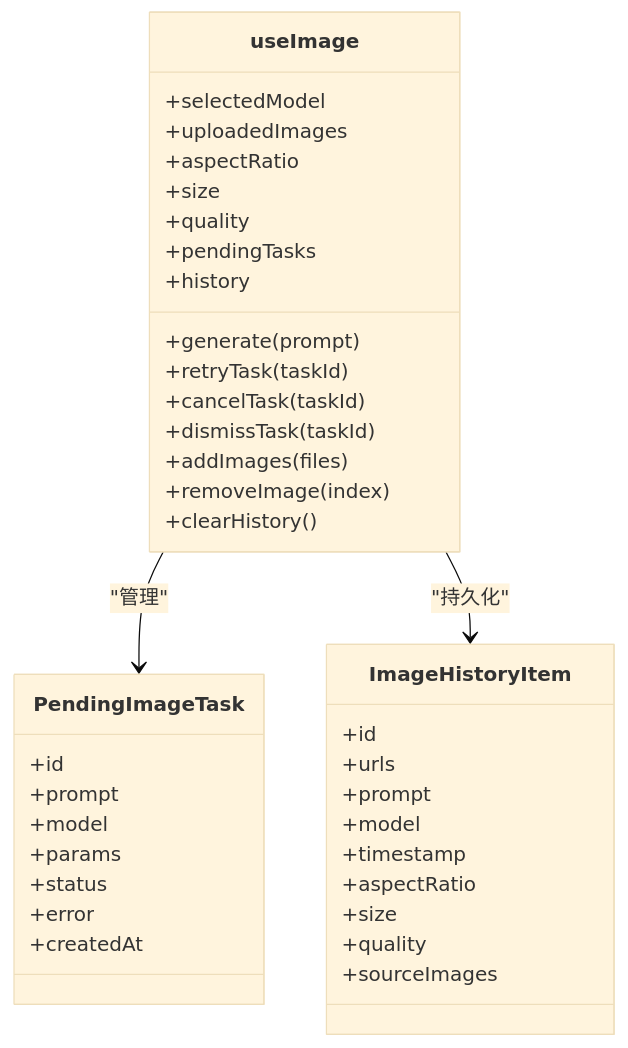
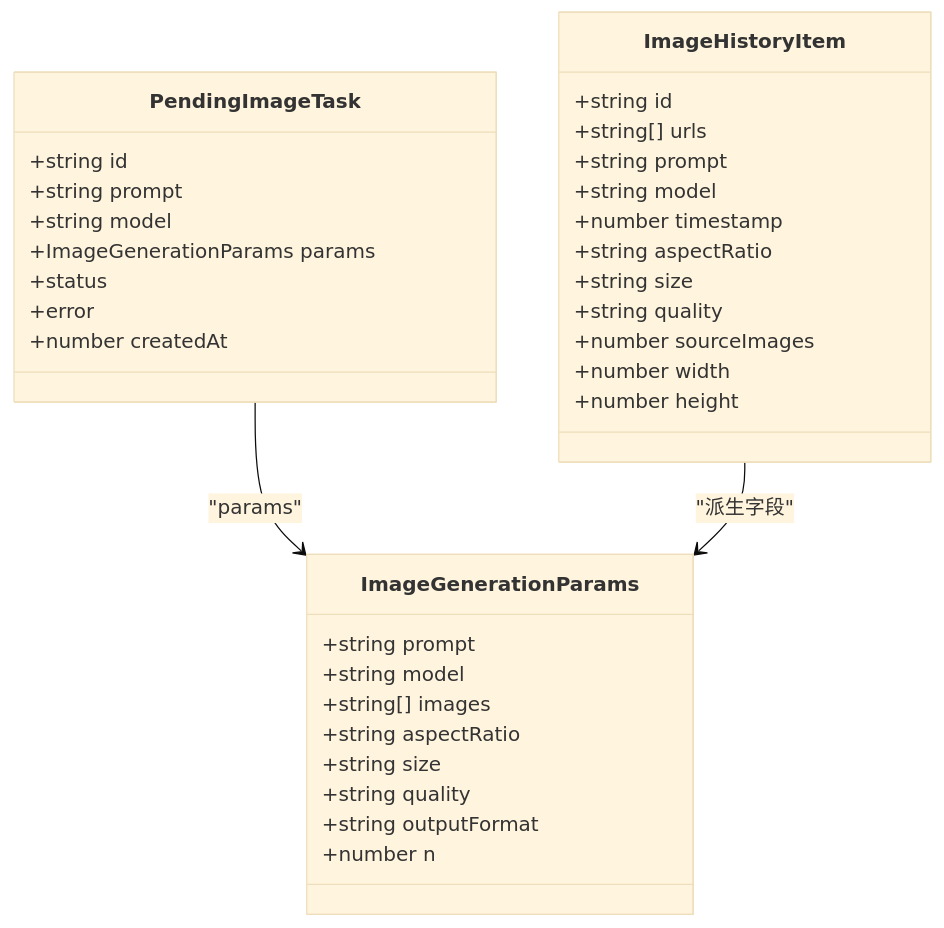
Before and after one commit to billye220670/AIShop: the fourth of 6 diagrams in .qoder/repowiki/zh/content/图像生成功能/图像生成功能.md, drawn with Mermaid (base theme). The commit also changed other lines of this file and 135 other files, not shown here.

````diff
--- a/.qoder/repowiki/zh/content/图像生成功能/图像生成功能.md
+++ b/.qoder/repowiki/zh/content/图像生成功能/图像生成功能.md
@@ -192,41 +152,37 @@
 ```mermaid
 classDiagram
-class useImage {
-+selectedModel
-+uploadedImages
-+aspectRatio
-+size
-+quality
-+pendingTasks
-+history
-+generate(prompt)
-+retryTask(taskId)
-+cancelTask(taskId)
-+dismissTask(taskId)
-+addImages(files)
-+removeImage(index)
-+clearHistory()
-}
 class PendingImageTask {
-+id
-+prompt
-+model
-+params
++string id
++string prompt
++string model
++ImageGenerationParams params
 +status
 +error
-+createdAt
++number createdAt
 }
 class ImageHistoryItem {
-+id
-+urls
-+prompt
-+model
-+timestamp
-+aspectRatio
-+size
-+quality
-+sourceImages
++string id
++string[] urls
++string prompt
++string model
++number timestamp
++string aspectRatio
++string size
++string quality
++number sourceImages
++number width
++number height
 }
-useImage --> PendingImageTask : "管理"
-useImage --> ImageHistoryItem : "持久化"
+class ImageGenerationParams {
++string prompt
++string model
++string[] images
++string aspectRatio
++string size
++string quality
++string outputFormat
++number n
+}
+PendingImageTask --> ImageGenerationParams : "params"
+ImageHistoryItem --> ImageGenerationParams : "派生字段"
 ```
````
